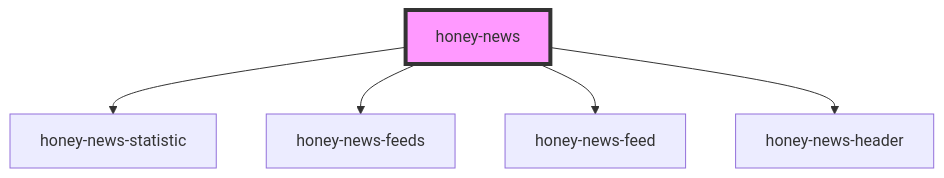
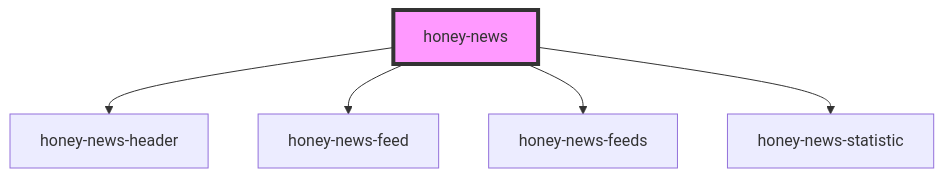
One commit to Huluvu424242/huluvu424242.github.io changed the diagram in src/components/honey-news/readme.md. Above: the diagram before and after it, drawn with Mermaid. The commit also changed other lines of this file and 13 other files, not shown here.

````diff
--- a/src/components/honey-news/readme.md
+++ b/src/components/honey-news/readme.md
@@ -25,8 +25,8 @@
 ```mermaid
 graph TD;
+  honey-news --> honey-news-header
+  honey-news --> honey-news-feed
+  honey-news --> honey-news-feeds
   honey-news --> honey-news-statistic
-  honey-news --> honey-news-feeds
-  honey-news --> honey-news-feed
-  honey-news --> honey-news-header
   style honey-news fill:#f9f,stroke:#333,stroke-width:4px
 ```
````
